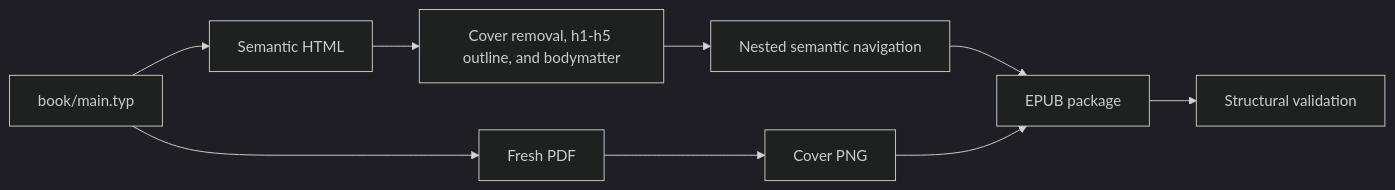
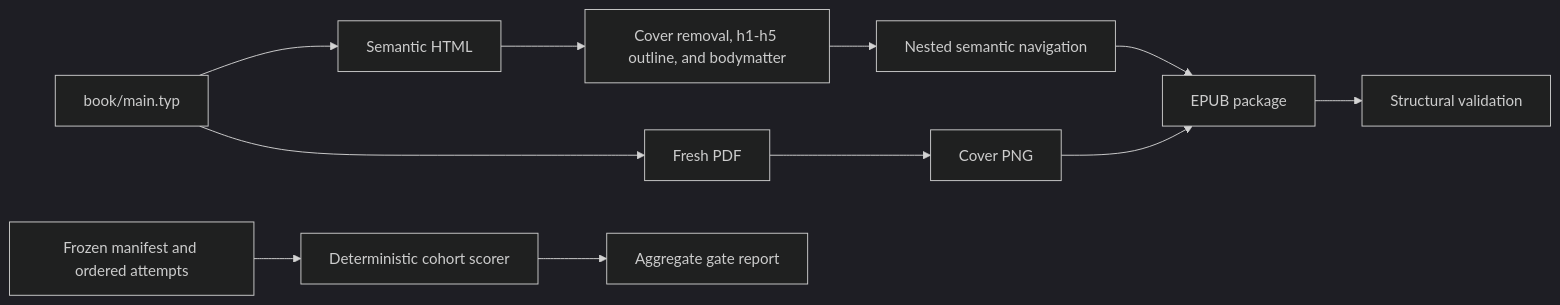
The first of 5 diagrams in scripts/AGENTS.md (streamentry/streamentry), drawn with Mermaid (dark theme) before and after one commit. The commit also changed other lines of this file and 45 other files, not shown here.

````diff
--- a/scripts/AGENTS.md
+++ b/scripts/AGENTS.md
@@ -18,11 +25,13 @@
 ```mermaid
 flowchart LR
   T["book/main.typ"] --> P["Fresh PDF"]
   T --> H["Semantic HTML"]
   P --> C["Cover PNG"]
   H --> X["Cover removal, h1-h5 outline, and bodymatter"]
   X --> N["Nested semantic navigation"]
   N --> E["EPUB package"]
   C --> E
   E --> V["Structural validation"]
+  R["Frozen manifest and ordered attempts"] --> S["Deterministic cohort scorer"]
+  S --> G["Aggregate gate report"]
 ```
````
